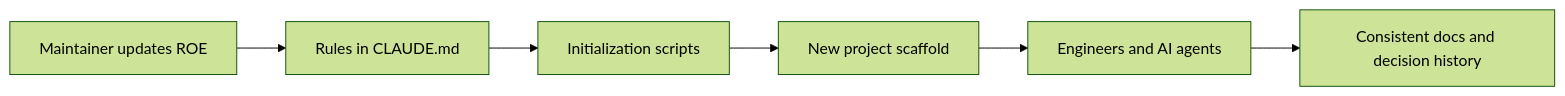
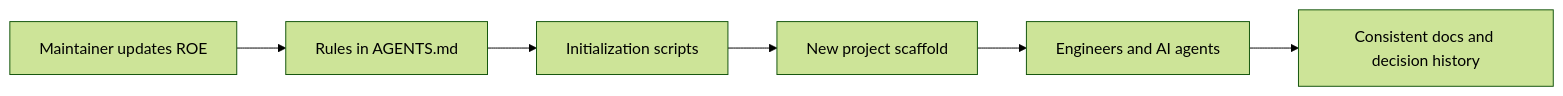
One commit to mhouse1/ROE changed the first of 2 diagrams in docs/ARCHITECTURE.md. Above: the diagram before and after it, drawn with Mermaid (forest theme). The commit also changed other lines of this file and 11 other files, not shown here.

Commit message:
define new rules for AI, switch to AGENTS.md, new designs for config file

````diff
--- a/docs/ARCHITECTURE.md
+++ b/docs/ARCHITECTURE.md
@@ -22,8 +22,8 @@
 ```mermaid
 flowchart LR
-	A[Maintainer updates ROE] --> B[Rules in CLAUDE.md]
+	A[Maintainer updates ROE] --> B[Rules in AGENTS.md]
 	B --> C[Initialization scripts]
 	C --> D[New project scaffold]
 	D --> E[Engineers and AI agents]
 	E --> F[Consistent docs and decision history]
 ```
````
